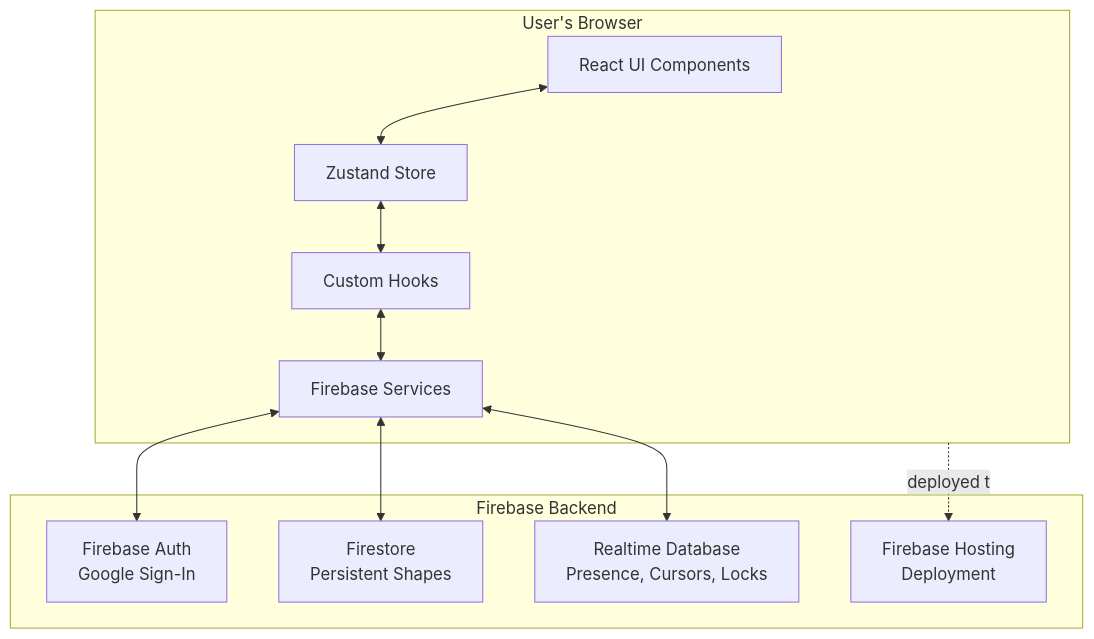
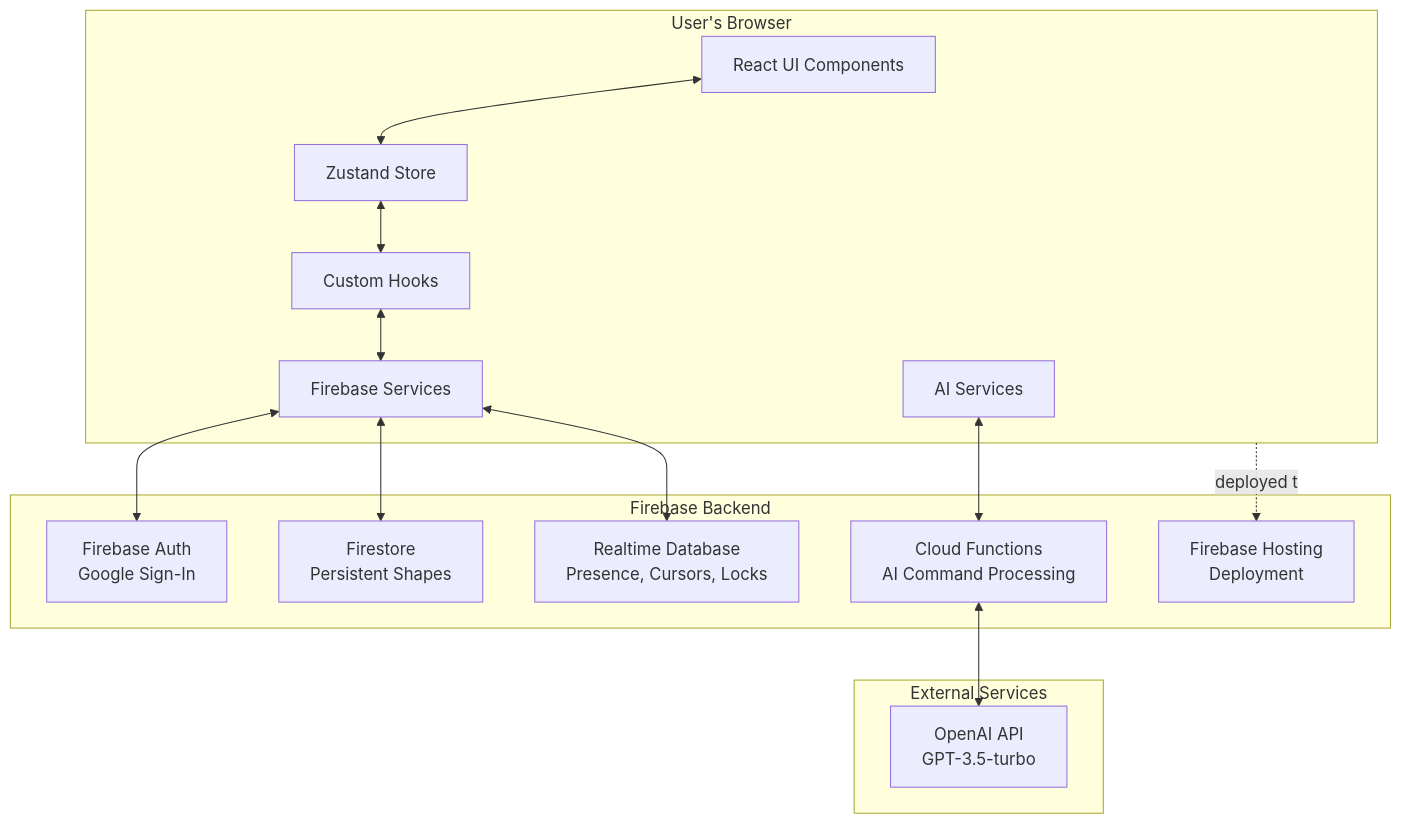
The first of 4 diagrams in architecture.md (xvanov/collabcanvas), drawn with Mermaid before and after one commit. The commit also changed other lines of this file and 44 other files, not shown here.

````diff
--- a/architecture.md
+++ b/architecture.md
@@ -9,24 +9,32 @@
 ```mermaid
 flowchart TB
     subgraph Browser["User's Browser"]
         UI[React UI Components]
         Store[Zustand Store]
         Hooks[Custom Hooks]
         Services[Firebase Services]
+        AI[AI Services]
     end
     
     subgraph Firebase["Firebase Backend"]
         Auth[Firebase Auth<br/>Google Sign-In]
         Firestore[Firestore<br/>Persistent Shapes]
         RTDB[Realtime Database<br/>Presence, Cursors, Locks]
+        Functions[Cloud Functions<br/>AI Command Processing]
         Hosting[Firebase Hosting<br/>Deployment]
+    end
+    
+    subgraph External["External Services"]
+        OpenAI[OpenAI API<br/>GPT-3.5-turbo]
     end
     
     UI <--> Store
     Store <--> Hooks
     Hooks <--> Services
     Services <--> Auth
     Services <--> Firestore
     Services <--> RTDB
+    AI <--> Functions
+    Functions <--> OpenAI
     Browser -.deployed to.-> Hosting
 ```
````
